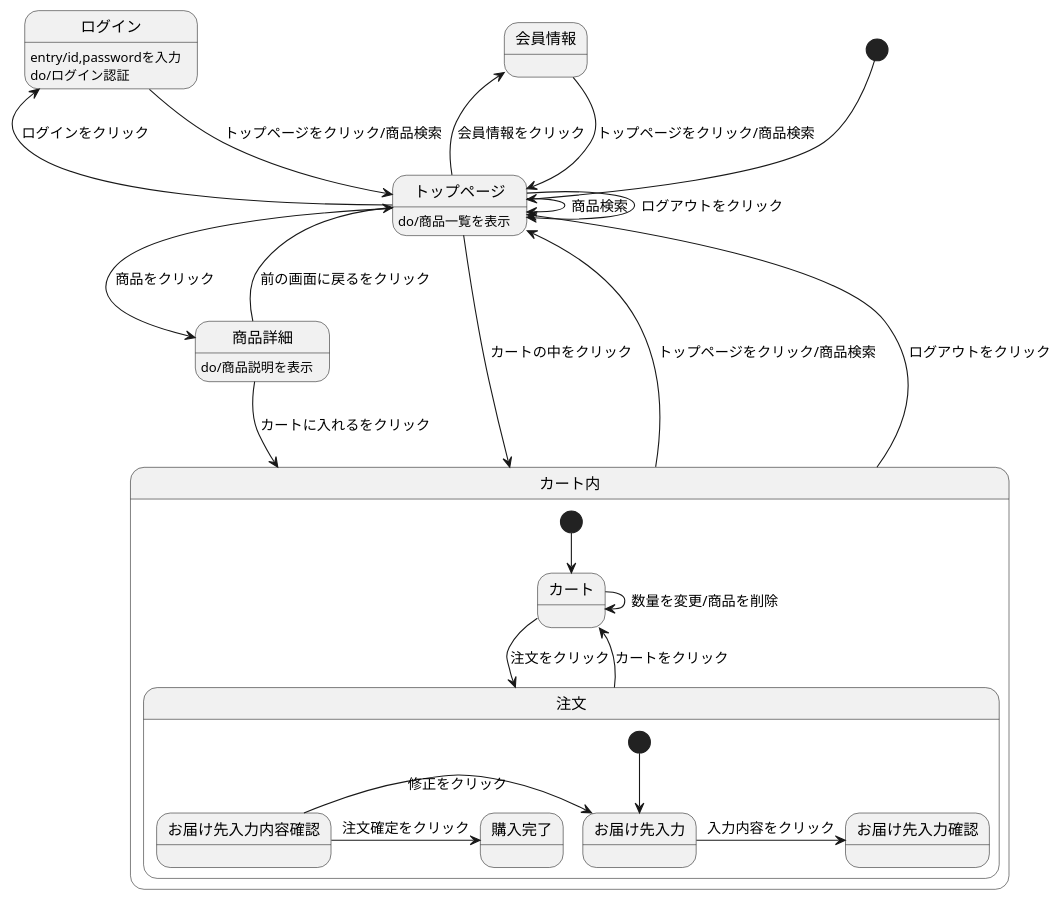
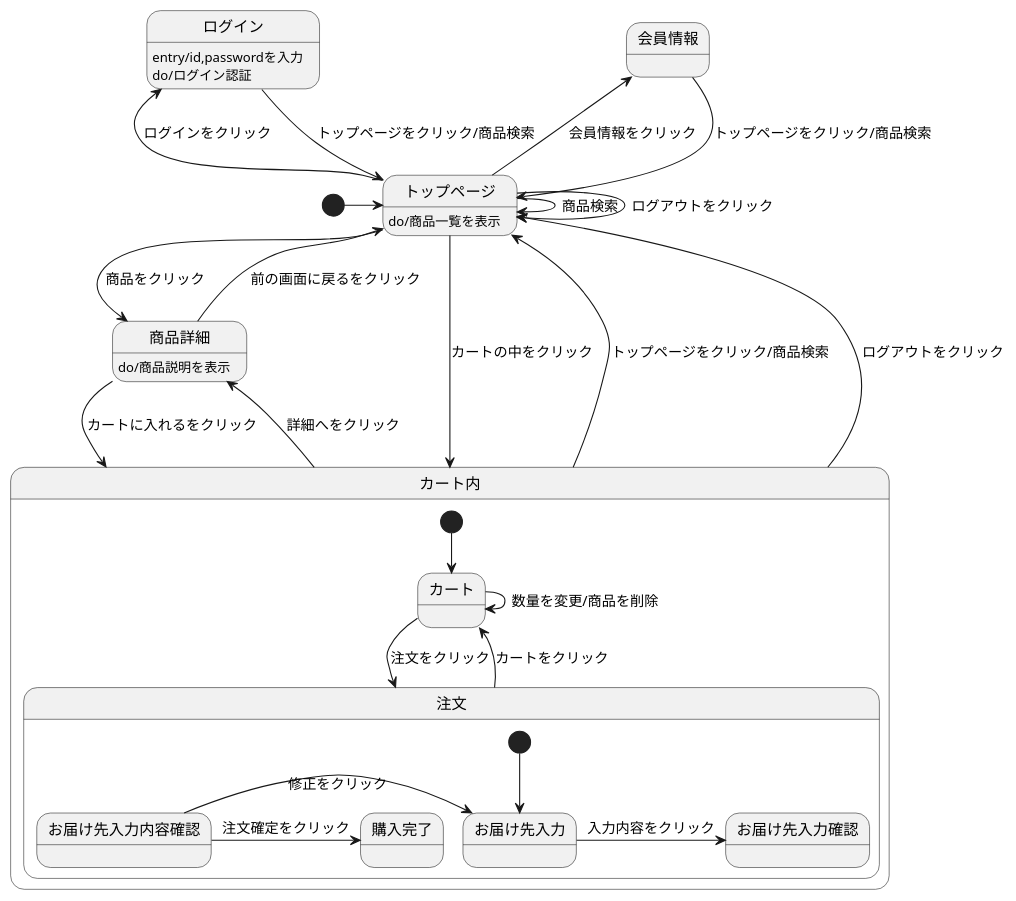
Before and after one commit to Aso2001392/2021sys-design: the diagram in kadai10.md, drawn with PlantUML.

````diff
--- a/kadai10.md
+++ b/kadai10.md
@@ -1,36 +1,37 @@
 ```uml
 @startuml
 
-[*] --> トップページ
+[*] -> トップページ
 会員情報 --> トップページ : トップページをクリック/商品検索
 ログイン --> トップページ : トップページをクリック/商品検索
 ログイン : entry/id,passwordを入力
 ログイン : do/ログイン認証
 トップページ --> トップページ : ログアウトをクリック
 トップページ -> トップページ : 商品検索
 トップページ -> 商品詳細 : 商品をクリック
 トップページ -left-> 会員情報 : 会員情報をクリック
 トップページ -left-> ログイン : ログインをクリック
 トップページ --> カート内 : カートの中をクリック
 トップページ : do/商品一覧を表示
 商品詳細 --> カート内 : カートに入れるをクリック
 商品詳細 --> トップページ : 前の画面に戻るをクリック
 商品詳細 : do/商品説明を表示
 カート内 -up-> トップページ : トップページをクリック/商品検索
 カート内 -up-> トップページ : ログアウトをクリック
+カート内 -> 商品詳細 : 詳細へをクリック
 
 state カート内{
 [*] --> カート
 カート -> 注文 : 注文をクリック
 カート -> カート : 数量を変更/商品を削除
 注文 --> カート : カートをクリック
 state 注文{
 [*] --> お届け先入力
  お届け先入力 -> お届け先入力確認 : 入力内容をクリック
  お届け先入力内容確認 ->  お届け先入力 : 修正をクリック
  お届け先入力内容確認 ->  購入完了 : 注文確定をクリック
  }
 }
 @enduml
 
 ```
````
